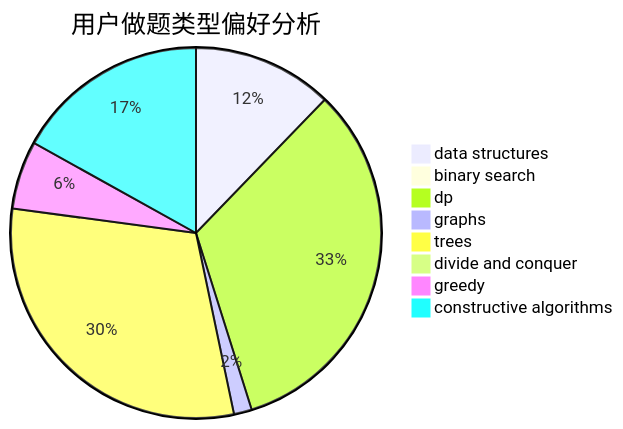
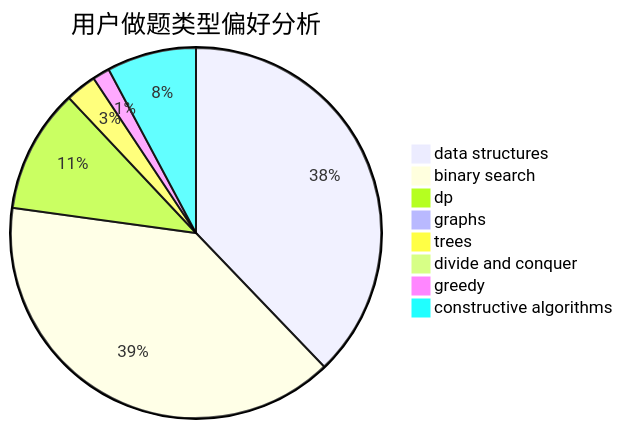
Before and after one commit to sherpahu/cfrs.github.io: the second of 3 diagrams in docs/user/u2405.md, drawn with Mermaid. The commit also changed other lines of this file and 2770 other files, not shown here.

````diff
--- a/docs/user/u2405.md
+++ b/docs/user/u2405.md
@@ -23,11 +23,11 @@
 ```mermaid
 pie title 用户做题类型偏好分析
-    "data structures" :  39
-    "binary search" :  0
-    "dp" :  105
-    "graphs" :  5
-    "trees" :  97
+    "data structures" :  126
+    "binary search" :  131
+    "dp" :  36
+    "graphs" :  2
+    "trees" :  9
     "divide and conquer" :  0
-    "greedy" :  19
-    "constructive algorithms" :  54
+    "greedy" :  5
+    "constructive algorithms" :  26
 ```
````
